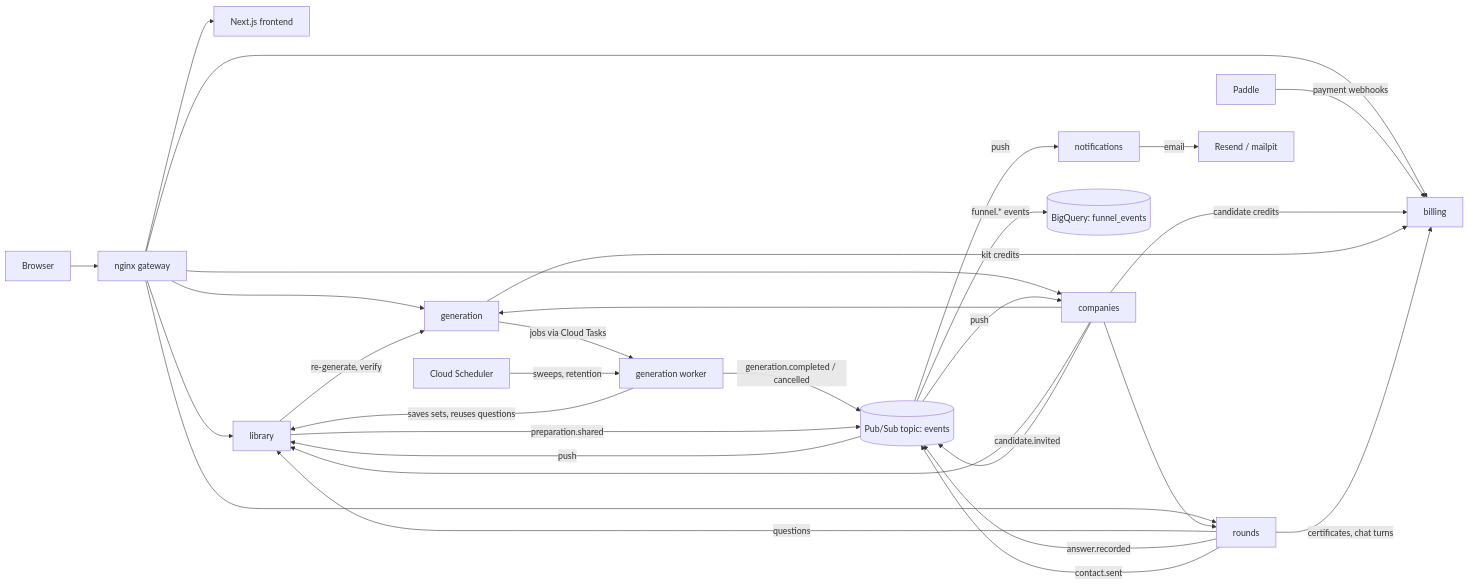
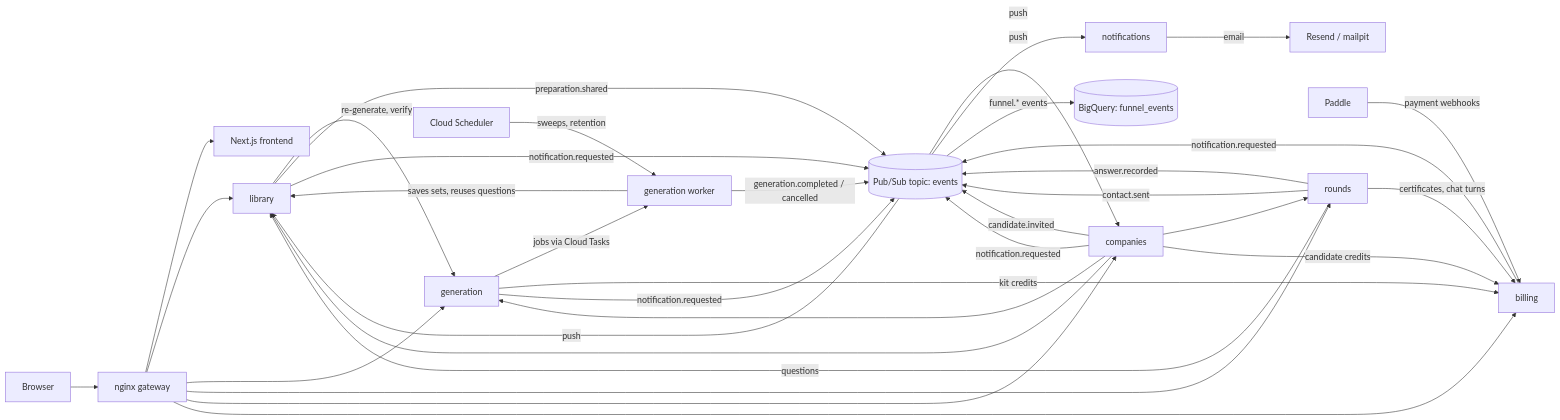
Before and after one commit to Vilsky-Viktor/ai-interview-prep-platform: the diagram in README.md, drawn with Mermaid. The commit also changed other lines of this file and 99 other files, not shown here.

````diff
--- a/README.md
+++ b/README.md
@@ -57,33 +60,34 @@
 ```mermaid
 flowchart LR
     browser[Browser] --> gateway[nginx gateway]
     gateway --> frontend[Next.js frontend]
     gateway --> library
     gateway --> generation
     gateway --> rounds
     gateway --> companies
     gateway --> billing
     paddle[Paddle] -- payment webhooks --> billing
 
     generation -- jobs via Cloud Tasks --> worker[generation worker]
     scheduler[Cloud Scheduler] -- sweeps, retention --> worker
     worker -- saves sets, reuses questions --> library
     library -- re-generate, verify --> generation
     rounds -- questions --> library
     companies --> generation
     companies --> library
     companies --> rounds
     companies -- candidate credits --> billing
     generation -- kit credits --> billing
     rounds -- certificates, chat turns --> billing
 
     rounds -- answer.recorded --> pubsub[(Pub/Sub topic: events)]
     worker -- generation.completed / cancelled --> pubsub
     library -- preparation.shared --> pubsub
     companies -- candidate.invited --> pubsub
     rounds -- contact.sent --> pubsub
+    library & generation & companies & billing -- notification.requested --> pubsub
     pubsub -- push --> library
     pubsub -- push --> companies
     pubsub -- push --> notifications -- email --> smtp[Resend / mailpit]
     pubsub -- funnel.* events --> bigquery[(BigQuery: funnel_events)]
 ```
````
